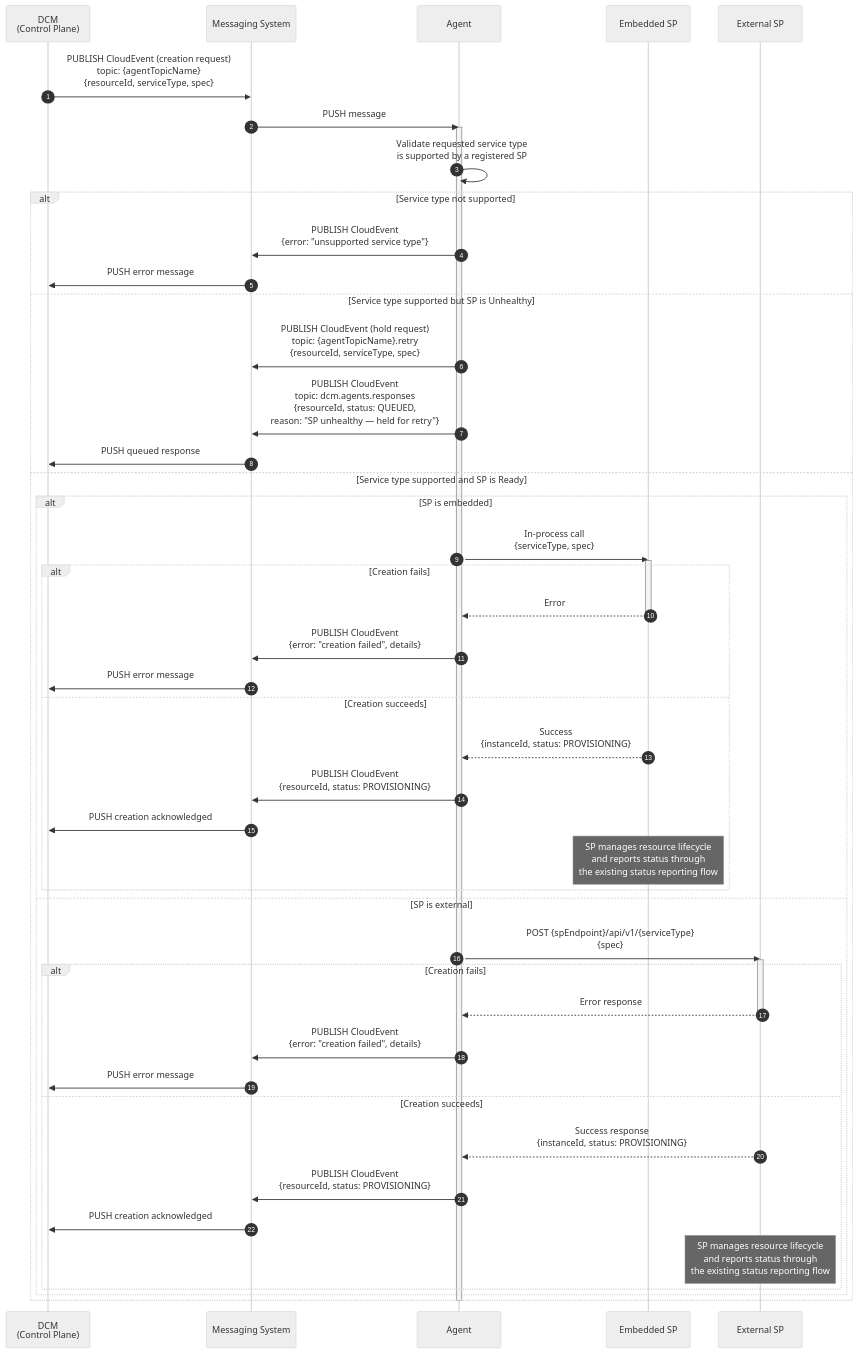
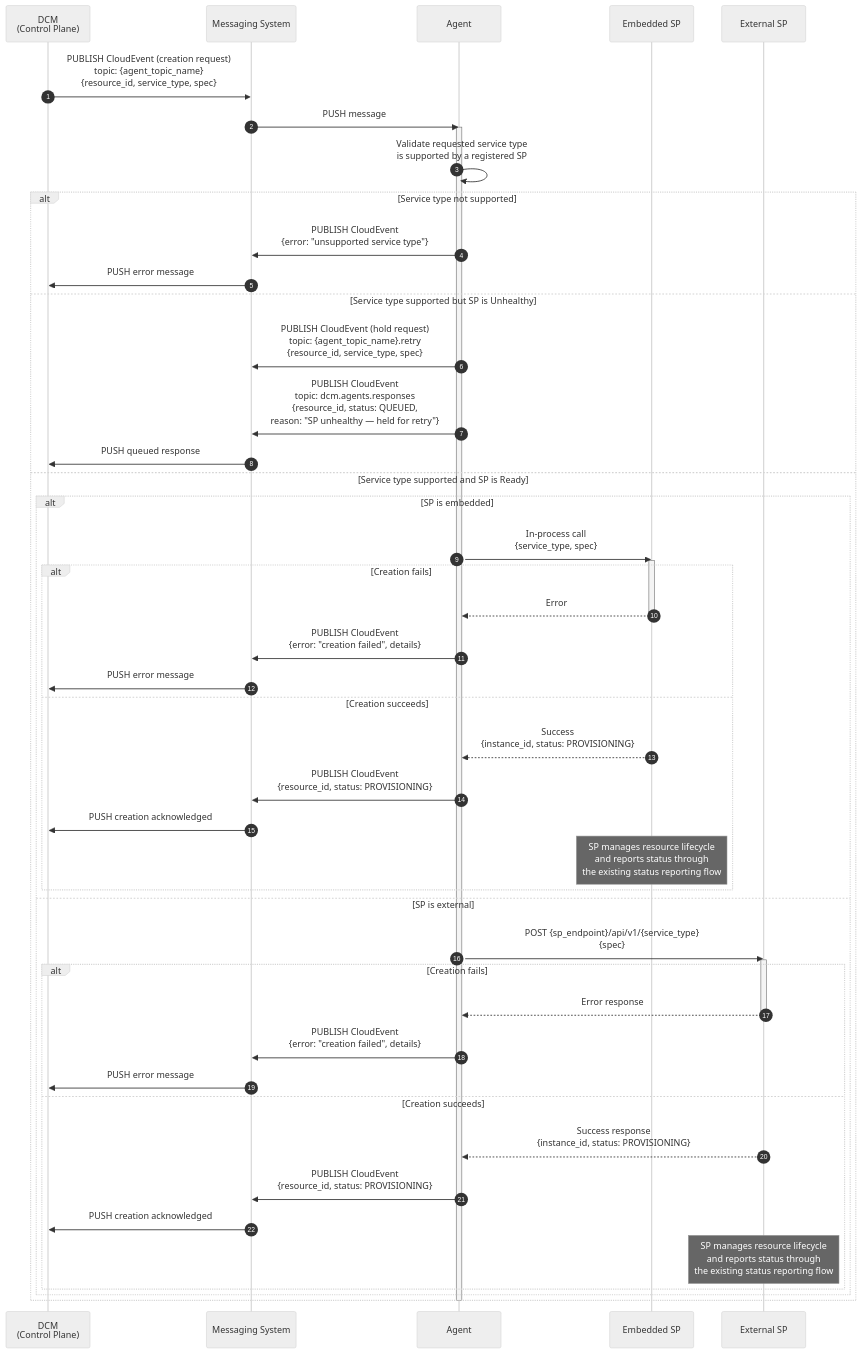
One commit to dcm-project/enhancements changed the fourth of 7 diagrams in enhancements/environment-agent/environment-agent.md. Above: the diagram before and after it, drawn with Mermaid (neutral theme). The commit also changed other lines of this file and 19 other files, not shown here.

````diff
--- a/enhancements/environment-agent/environment-agent.md
+++ b/enhancements/environment-agent/environment-agent.md
@@ -588,56 +588,56 @@
 ```mermaid
 sequenceDiagram
     autonumber
     participant DCM as DCM<br/>(Control Plane)
     participant MS as Messaging System
     participant AG as Agent
     participant EMB as Embedded SP
     participant EXT as External SP
 
-    DCM->>MS: PUBLISH CloudEvent (creation request)<br/>topic: {agentTopicName}<br/>{resourceId, serviceType, spec}
+    DCM->>MS: PUBLISH CloudEvent (creation request)<br/>topic: {agent_topic_name}<br/>{resource_id, service_type, spec}
 
     MS->>AG: PUSH message
     activate AG
 
     AG->>AG: Validate requested service type<br/>is supported by a registered SP
 
     alt Service type not supported
         AG->>MS: PUBLISH CloudEvent<br/>{error: "unsupported service type"}
         MS->>DCM: PUSH error message
     else Service type supported but SP is Unhealthy
-        AG->>MS: PUBLISH CloudEvent (hold request)<br/>topic: {agentTopicName}.retry<br/>{resourceId, serviceType, spec}
-        AG->>MS: PUBLISH CloudEvent<br/>topic: dcm.agents.responses<br/>{resourceId, status: QUEUED,<br/>reason: "SP unhealthy — held for retry"}
+        AG->>MS: PUBLISH CloudEvent (hold request)<br/>topic: {agent_topic_name}.retry<br/>{resource_id, service_type, spec}
+        AG->>MS: PUBLISH CloudEvent<br/>topic: dcm.agents.responses<br/>{resource_id, status: QUEUED,<br/>reason: "SP unhealthy — held for retry"}
         MS->>DCM: PUSH queued response
     else Service type supported and SP is Ready
         alt SP is embedded
-            AG->>EMB: In-process call<br/>{serviceType, spec}
+            AG->>EMB: In-process call<br/>{service_type, spec}
             activate EMB
             alt Creation fails
                 EMB-->>AG: Error
                 deactivate EMB
                 AG->>MS: PUBLISH CloudEvent<br/>{error: "creation failed", details}
                 MS->>DCM: PUSH error message
             else Creation succeeds
-                EMB-->>AG: Success<br/>{instanceId, status: PROVISIONING}
-                AG->>MS: PUBLISH CloudEvent<br/>{resourceId, status: PROVISIONING}
+                EMB-->>AG: Success<br/>{instance_id, status: PROVISIONING}
+                AG->>MS: PUBLISH CloudEvent<br/>{resource_id, status: PROVISIONING}
                 MS->>DCM: PUSH creation acknowledged
                 Note over EMB: SP manages resource lifecycle<br/>and reports status through<br/>the existing status reporting flow
             end
         else SP is external
-            AG->>EXT: POST {spEndpoint}/api/v1/{serviceType}<br/>{spec}
+            AG->>EXT: POST {sp_endpoint}/api/v1/{service_type}<br/>{spec}
             activate EXT
             alt Creation fails
                 EXT-->>AG: Error response
                 deactivate EXT
                 AG->>MS: PUBLISH CloudEvent<br/>{error: "creation failed", details}
                 MS->>DCM: PUSH error message
             else Creation succeeds
-                EXT-->>AG: Success response<br/>{instanceId, status: PROVISIONING}
-                AG->>MS: PUBLISH CloudEvent<br/>{resourceId, status: PROVISIONING}
+                EXT-->>AG: Success response<br/>{instance_id, status: PROVISIONING}
+                AG->>MS: PUBLISH CloudEvent<br/>{resource_id, status: PROVISIONING}
                 MS->>DCM: PUSH creation acknowledged
                 Note over EXT: SP manages resource lifecycle<br/>and reports status through<br/>the existing status reporting flow
             end
         end
     end
     deactivate AG
 ```
````
